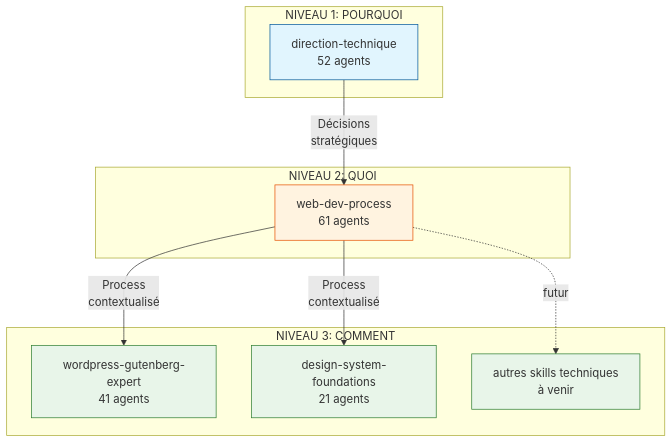
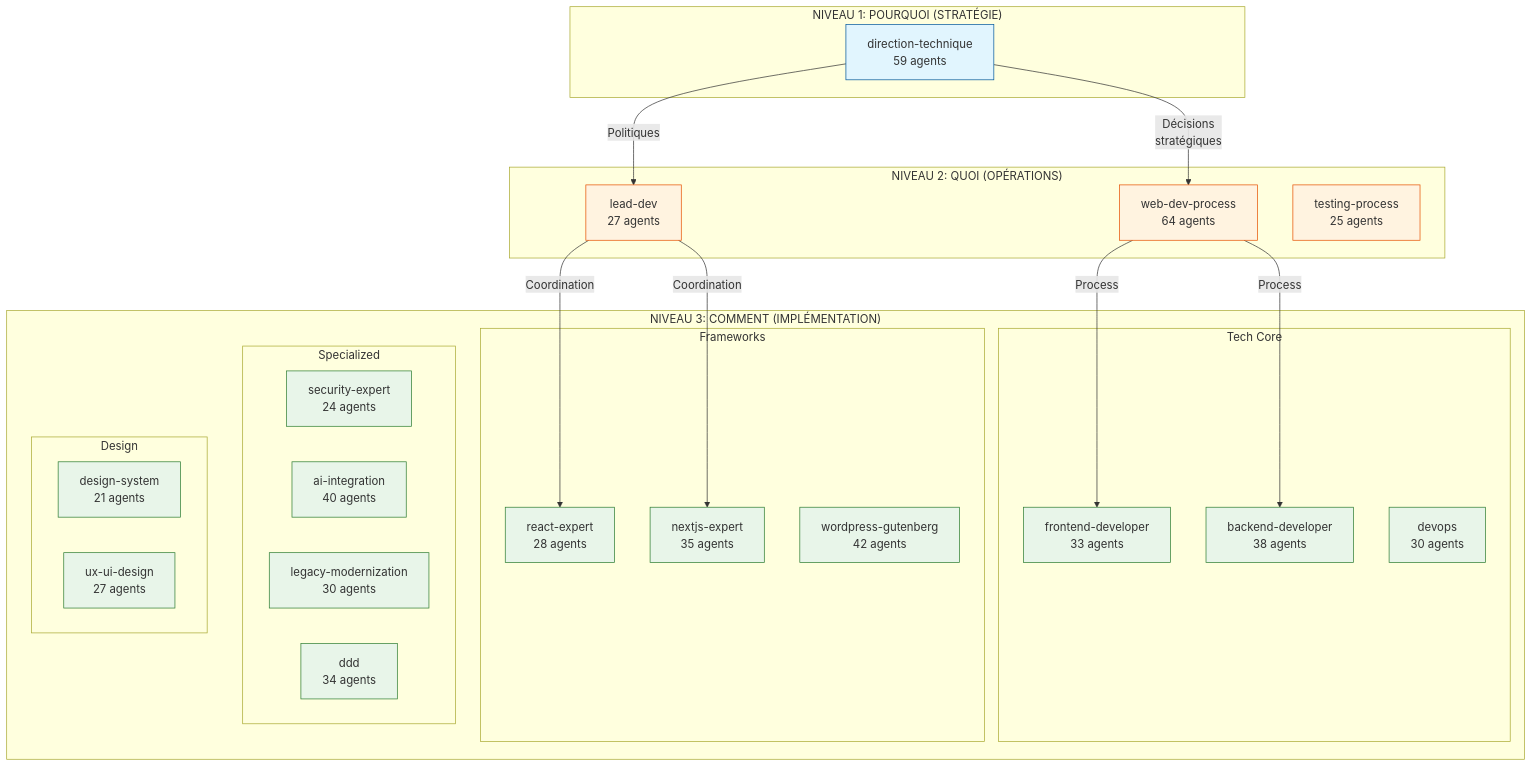
Before and after one commit to truchot/claude-skills-test: the first of 4 diagrams in docs/ARCHITECTURE.md, drawn with Mermaid. The commit also changed other lines of this file and 10 other files, not shown here.

````diff
--- a/docs/ARCHITECTURE.md
+++ b/docs/ARCHITECTURE.md
@@ -5,29 +7,53 @@
 ```mermaid
 graph TB
-    subgraph "NIVEAU 1: POURQUOI"
-        DT[direction-technique<br/>52 agents]
+    subgraph "NIVEAU 1: POURQUOI (STRATÉGIE)"
+        DT[direction-technique<br/>59 agents]
     end
 
-    subgraph "NIVEAU 2: QUOI"
-        WDP[web-dev-process<br/>61 agents]
+    subgraph "NIVEAU 2: QUOI (OPÉRATIONS)"
+        WDP[web-dev-process<br/>64 agents]
+        LD[lead-dev<br/>27 agents]
+        TP[testing-process<br/>25 agents]
     end
 
-    subgraph "NIVEAU 3: COMMENT"
-        WGE[wordpress-gutenberg-expert<br/>41 agents]
-        DSF[design-system-foundations<br/>21 agents]
-        FUTURE[autres skills techniques<br/>à venir]
+    subgraph "NIVEAU 3: COMMENT (IMPLÉMENTATION)"
+        subgraph "Tech Core"
+            FE[frontend-developer<br/>33 agents]
+            BE[backend-developer<br/>38 agents]
+            DV[devops<br/>30 agents]
+        end
+
+        subgraph "Frameworks"
+            RE[react-expert<br/>28 agents]
+            NE[nextjs-expert<br/>35 agents]
+            WGE[wordpress-gutenberg<br/>42 agents]
+        end
+
+        subgraph "Specialized"
+            SE[security-expert<br/>24 agents]
+            AI[ai-integration<br/>40 agents]
+            LM[legacy-modernization<br/>30 agents]
+            DD[ddd<br/>34 agents]
+        end
+
+        subgraph "Design"
+            DSF[design-system<br/>21 agents]
+            UX[ux-ui-design<br/>27 agents]
+        end
     end
 
     DT -->|"Décisions<br/>stratégiques"| WDP
-    WDP -->|"Process<br/>contextualisé"| WGE
-    WDP -->|"Process<br/>contextualisé"| DSF
-    WDP -.->|"futur"| FUTURE
+    DT -->|"Politiques"| LD
+    WDP -->|"Process"| FE
+    WDP -->|"Process"| BE
+    LD -->|"Coordination"| RE
+    LD -->|"Coordination"| NE
 
     classDef pourquoi fill:#e1f5fe,stroke:#01579b
     classDef quoi fill:#fff3e0,stroke:#e65100
     classDef comment fill:#e8f5e9,stroke:#2e7d32
 
     class DT pourquoi
-    class WDP quoi
-    class WGE,DSF,FUTURE comment
+    class WDP,LD,TP quoi
+    class FE,BE,DV,RE,NE,WGE,SE,AI,LM,DD,DSF,UX comment
 ```
````
